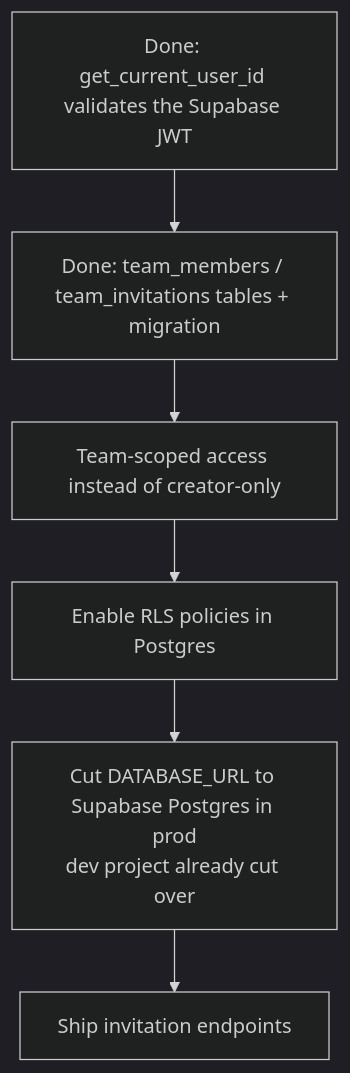
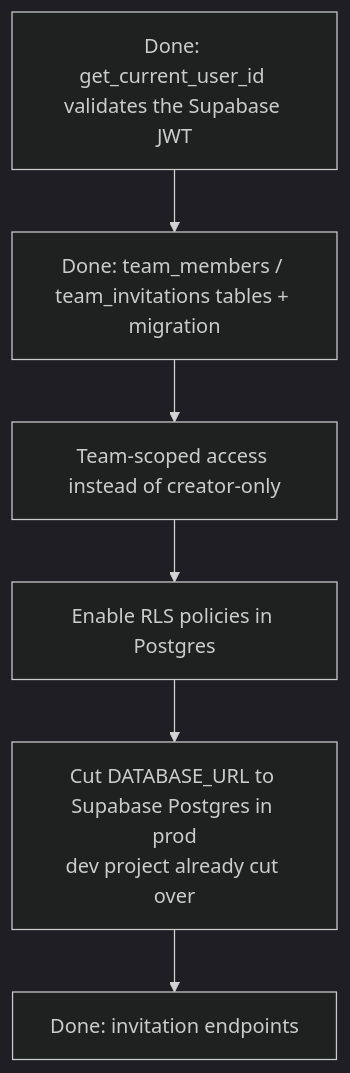
Before and after one commit to LasterBergamot/lineup: the diagram in documentation/Roadmap-Backend.md, drawn with Mermaid (dark theme). The commit also changed other lines of this file and 37 other files, not shown here.

````diff
--- a/documentation/Roadmap-Backend.md
+++ b/documentation/Roadmap-Backend.md
@@ -70,8 +73,8 @@
 ```mermaid
 flowchart TD
     A[Done: get_current_user_id validates the Supabase JWT] --> B[Done: team_members / team_invitations tables + migration]
     B --> C[Team-scoped access instead of creator-only]
     C --> D[Enable RLS policies in Postgres]
     D --> E[Cut DATABASE_URL to Supabase Postgres in prod<br/>dev project already cut over]
-    E --> F[Ship invitation endpoints]
+    E --> F[Done: invitation endpoints]
 ```
````
